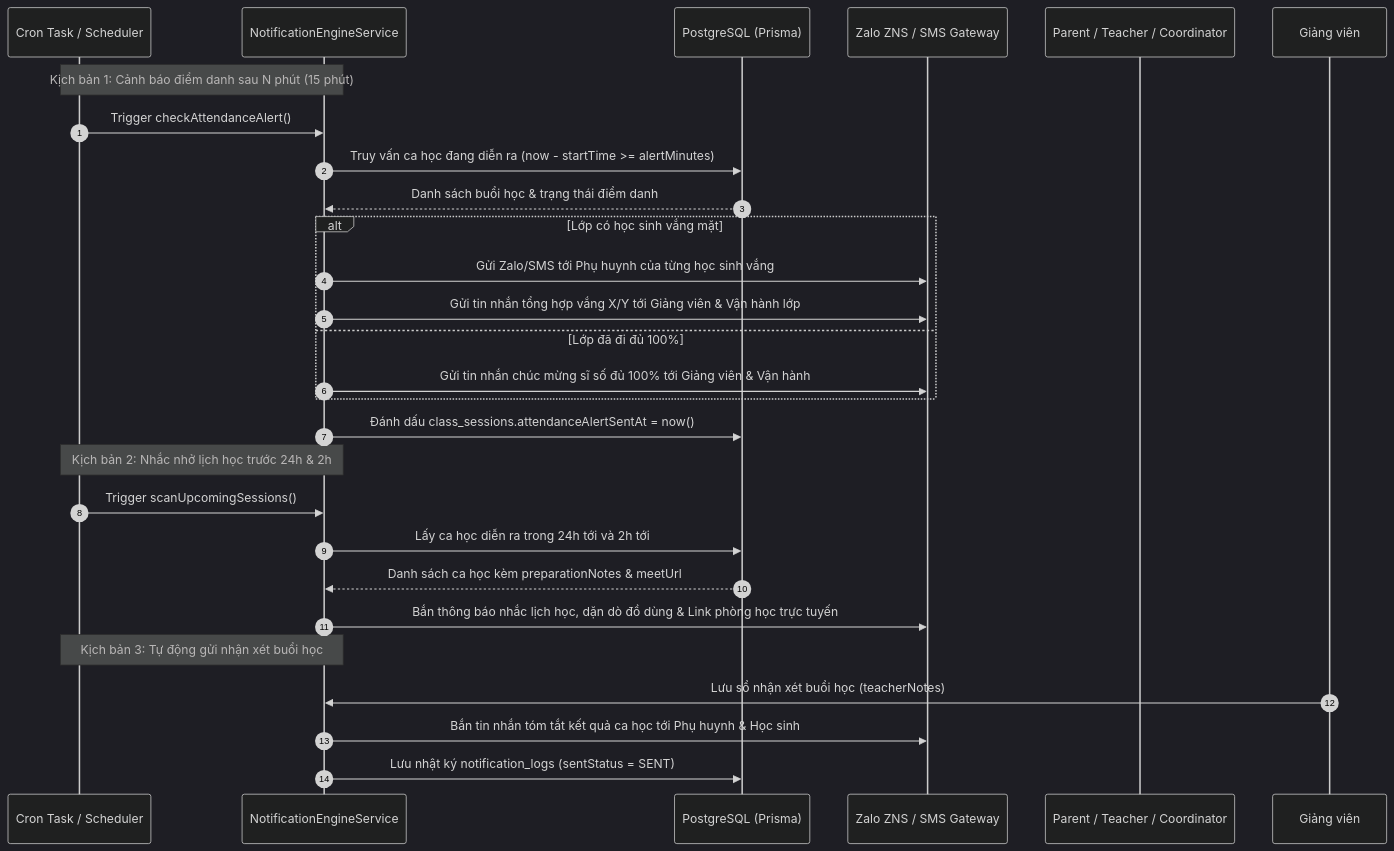
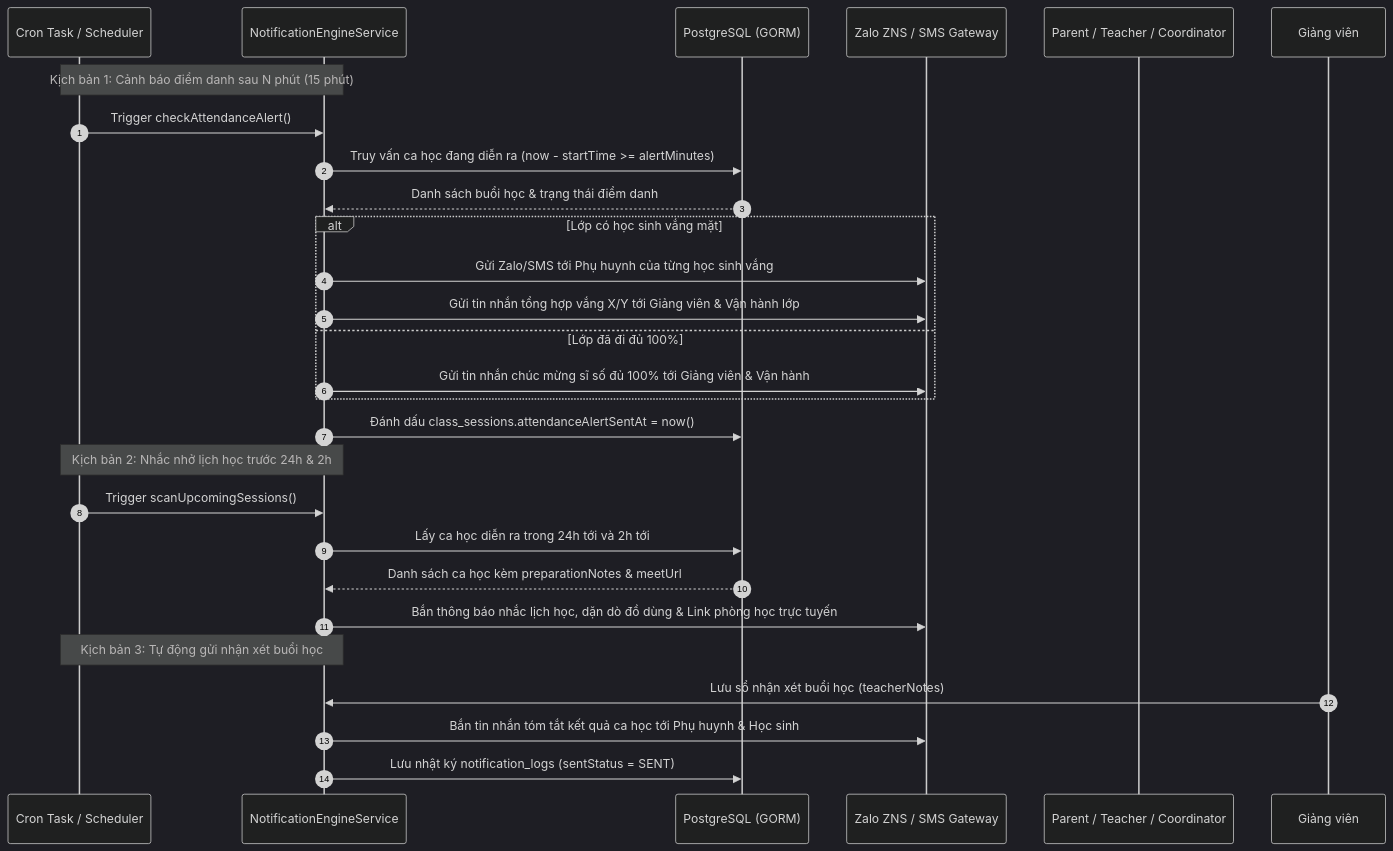
The third of 3 diagrams in docs/architecture.md (thang1834/lms), drawn with Mermaid (dark theme) before and after one commit. The commit also changed other lines of this file and 3 other files, not shown here.

````diff
--- a/docs/architecture.md
+++ b/docs/architecture.md
@@ -531,33 +549,33 @@
 ```mermaid
 sequenceDiagram
     autonumber
     participant Cron as Cron Task / Scheduler
     participant Engine as NotificationEngineService
-    participant DB as PostgreSQL (Prisma)
+    participant DB as PostgreSQL (GORM)
     participant Gateway as Zalo ZNS / SMS Gateway
     participant Recipient as Parent / Teacher / Coordinator
 
     Note over Cron, Engine: Kịch bản 1: Cảnh báo điểm danh sau N phút (15 phút)
     Cron->>Engine: Trigger checkAttendanceAlert()
     Engine->>DB: Truy vấn ca học đang diễn ra (now - startTime >= alertMinutes)
     DB-->>Engine: Danh sách buổi học & trạng thái điểm danh
     alt Lớp có học sinh vắng mặt
         Engine->>Gateway: Gửi Zalo/SMS tới Phụ huynh của từng học sinh vắng
         Engine->>Gateway: Gửi tin nhắn tổng hợp vắng X/Y tới Giảng viên & Vận hành lớp
     else Lớp đã đi đủ 100%
         Engine->>Gateway: Gửi tin nhắn chúc mừng sĩ số đủ 100% tới Giảng viên & Vận hành
     end
     Engine->>DB: Đánh dấu class_sessions.attendanceAlertSentAt = now()
 
     Note over Cron, Engine: Kịch bản 2: Nhắc nhở lịch học trước 24h & 2h
     Cron->>Engine: Trigger scanUpcomingSessions()
     Engine->>DB: Lấy ca học diễn ra trong 24h tới và 2h tới
     DB-->>Engine: Danh sách ca học kèm preparationNotes & meetUrl
     Engine->>Gateway: Bắn thông báo nhắc lịch học, dặn dò đồ dùng & Link phòng học trực tuyến
 
     Note over Cron, Engine: Kịch bản 3: Tự động gửi nhận xét buổi học
     participant Teacher as Giảng viên
     Teacher->>Engine: Lưu sổ nhận xét buổi học (teacherNotes)
     Engine->>Gateway: Bắn tin nhắn tóm tắt kết quả ca học tới Phụ huynh & Học sinh
     Engine->>DB: Lưu nhật ký notification_logs (sentStatus = SENT)
 ```
````
